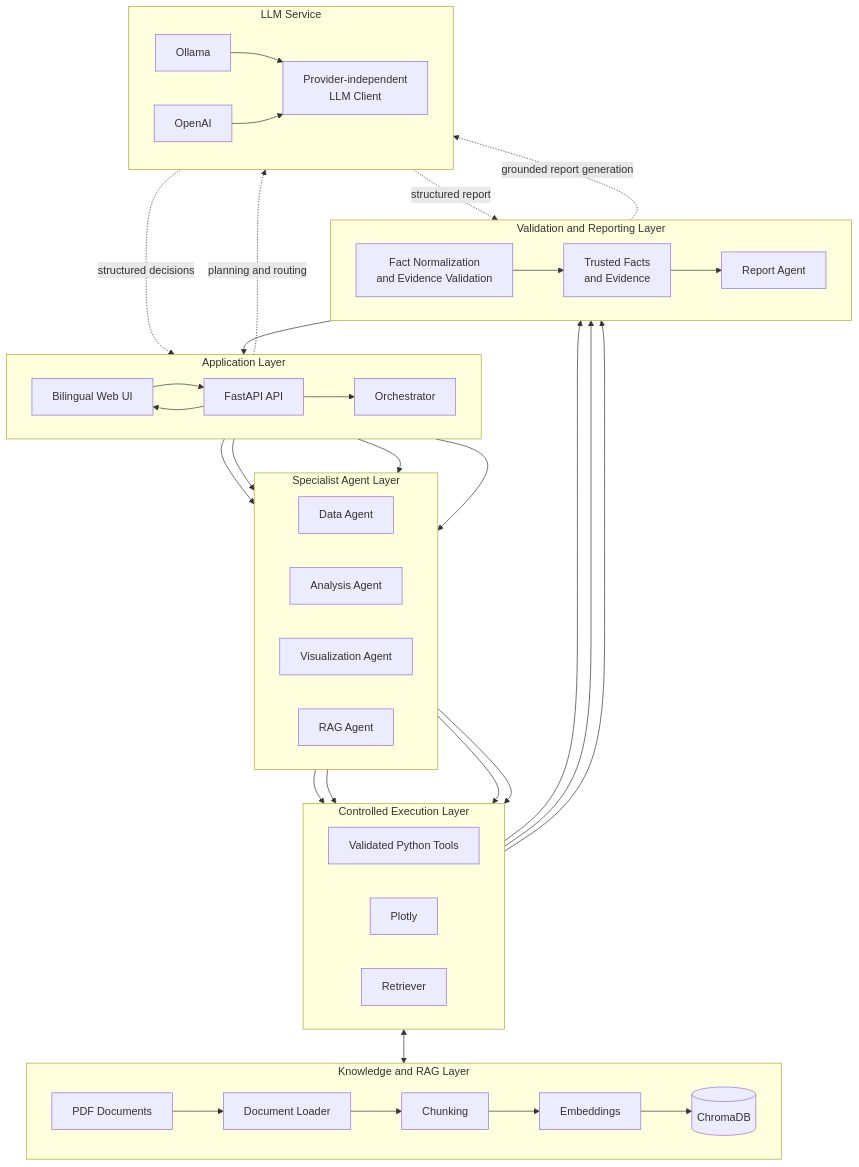
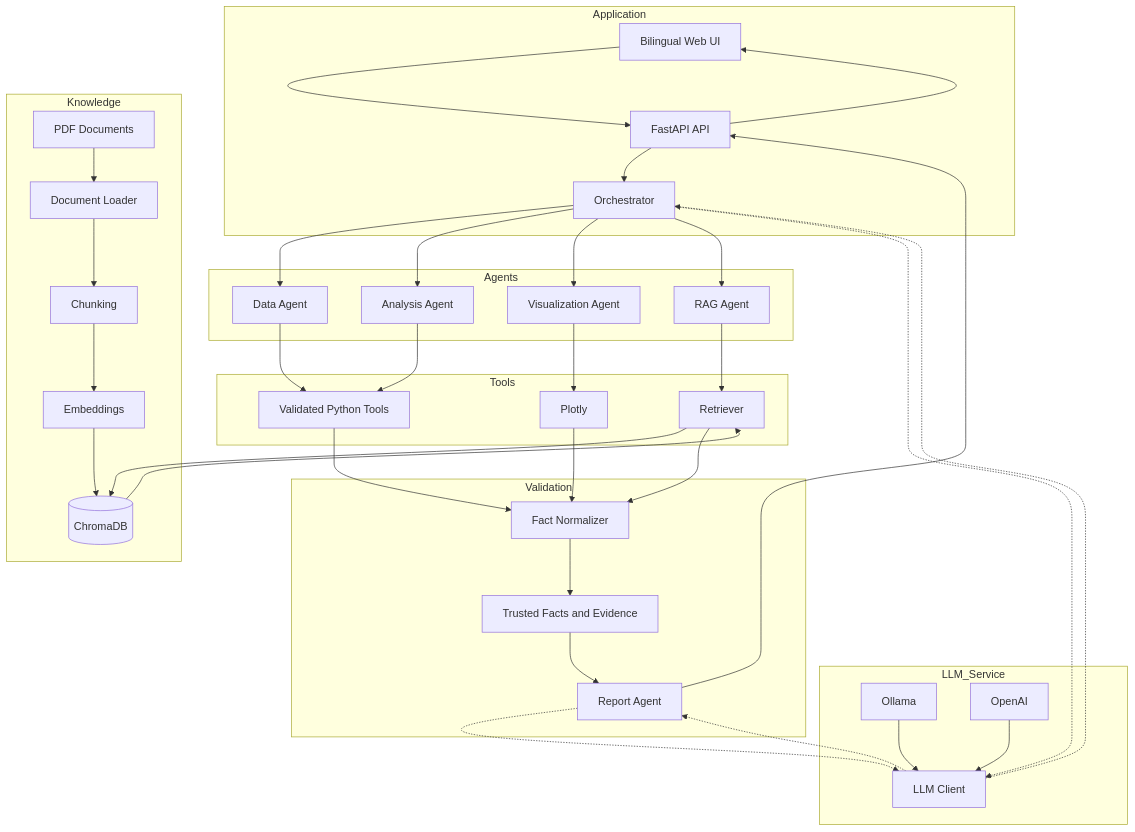
Before and after one commit to ShathaMoeen/datamind-ai: the diagram in README.md, drawn with Mermaid. The commit also changed other lines of this file, not shown here.

Commit message:
fix: use GitHub-compatible architecture diagram

````diff
--- a/README.md
+++ b/README.md
@@ -25,20 +25,20 @@
 ```mermaid
 flowchart TB
 
-    %% ───────────── Interface ─────────────
-    subgraph INTERFACE["Application Layer"]
-        direction LR
-        UI["Bilingual Web UI"] --> API["FastAPI API"]
-        API --> ORCH["Orchestrator"]
+    subgraph Application
+        UI[Bilingual Web UI]
+        API[FastAPI API]
+        ORCH[Orchestrator]
+
+        UI --> API
+        API --> ORCH
     end
 
-    %% ───────────── Agents ─────────────
-    subgraph AGENTS["Specialist Agent Layer"]
-        direction LR
-        DATA["Data Agent"]
-        ANALYSIS["Analysis Agent"]
-        VIS["Visualization Agent"]
-        RAG["RAG Agent"]
+    subgraph Agents
+        DATA[Data Agent]
+        ANALYSIS[Analysis Agent]
+        VIS[Visualization Agent]
+        RAG[RAG Agent]
     end
 
     ORCH --> DATA
@@ -46,12 +46,10 @@
     ORCH --> VIS
     ORCH --> RAG
 
-    %% ───────────── Controlled tools ─────────────
-    subgraph TOOLS["Controlled Execution Layer"]
-        direction LR
-        PYTHON["Validated Python Tools"]
-        PLOTLY["Plotly"]
-        RETRIEVER["Retriever"]
+    subgraph Tools
+        PYTHON[Validated Python Tools]
+        PLOTLY[Plotly]
+        RETRIEVER[Retriever]
     end
 
     DATA --> PYTHON
@@ -59,14 +57,12 @@
     VIS --> PLOTLY
     RAG --> RETRIEVER
 
-    %% ───────────── PDF ingestion and RAG ─────────────
-    subgraph KNOWLEDGE["Knowledge and RAG Layer"]
-        direction LR
-        PDF["PDF Documents"]
-        LOADER["Document Loader"]
-        CHUNKS["Chunking"]
-        EMBEDDINGS["Embeddings"]
-        CHROMA[("ChromaDB")]
+    subgraph Knowledge
+        PDF[PDF Documents]
+        LOADER[Document Loader]
+        CHUNKS[Chunking]
+        EMBEDDINGS[Embeddings]
+        CHROMA[(ChromaDB)]
 
         PDF --> LOADER
         LOADER --> CHUNKS
@@ -74,39 +70,36 @@
         EMBEDDINGS --> CHROMA
     end
 
-    RETRIEVER <--> CHROMA
+    RETRIEVER --> CHROMA
+    CHROMA --> RETRIEVER
 
-    %% ───────────── Validation and reporting ─────────────
-    subgraph REPORTING["Validation and Reporting Layer"]
-        direction LR
-        VALIDATION["Fact Normalization<br/>and Evidence Validation"]
-        FACTS["Trusted Facts<br/>and Evidence"]
-        REPORT["Report Agent"]
+    subgraph Validation
+        NORMALIZER[Fact Normalizer]
+        FACTS[Trusted Facts and Evidence]
+        REPORT[Report Agent]
 
-        VALIDATION --> FACTS
+        NORMALIZER --> FACTS
         FACTS --> REPORT
     end
 
-    PYTHON --> VALIDATION
-    PLOTLY --> VALIDATION
-    RETRIEVER --> VALIDATION
+    PYTHON --> NORMALIZER
+    PLOTLY --> NORMALIZER
+    RETRIEVER --> NORMALIZER
 
-    REPORT --> API
-    API --> UI
-
-    %% ───────────── LLM providers ─────────────
-    subgraph AI["LLM Service"]
-        direction LR
-        OLLAMA["Ollama"]
-        OPENAI["OpenAI"]
-        LLM["Provider-independent<br/>LLM Client"]
+    subgraph LLM_Service
+        OLLAMA[Ollama]
+        OPENAI[OpenAI]
+        LLM[LLM Client]
 
         OLLAMA --> LLM
         OPENAI --> LLM
     end
 
-    ORCH -. "planning and routing" .-> LLM
-    LLM -. "structured decisions" .-> ORCH
-    REPORT -. "grounded report generation" .-> LLM
-    LLM -. "structured report" .-> REPORT
+    ORCH -.-> LLM
+    LLM -.-> ORCH
+    REPORT -.-> LLM
+    LLM -.-> REPORT
+
+    REPORT --> API
+    API --> UI
 ```
````
